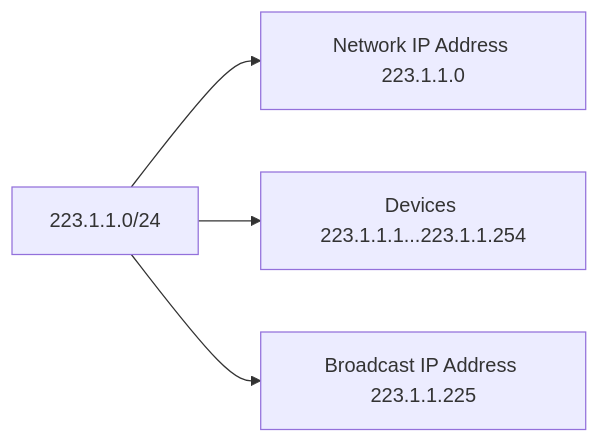
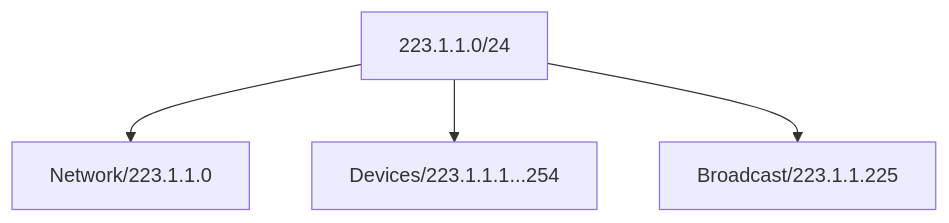
One commit to SiegeSailor/vault-personal changed the diagram in master-notes/NOTE/docs/6@computer/10@layer/4@network.md. Above: the diagram before and after it, drawn with Mermaid. The commit also changed other lines of this file and 1 other file, not shown here.

Commit message:
Update network and CSS

````diff
--- a/master-notes/NOTE/docs/6@computer/10@layer/4@network.md
+++ b/master-notes/NOTE/docs/6@computer/10@layer/4@network.md
@@ -104,6 +104,6 @@
 ```mermaid
-flowchart LR
-A[223.1.1.0/24] --> B[Network IP Address 223.1.1.0]
-A --> C[Devices 223.1.1.1...223.1.1.254]
-A --> D[Broadcast IP Address 223.1.1.225]
+flowchart TB
+A[223.1.1.0/24] --> B[Network/223.1.1.0]
+A --> C[Devices/223.1.1.1...254]
+A --> D[Broadcast/223.1.1.225]
 ```
````
